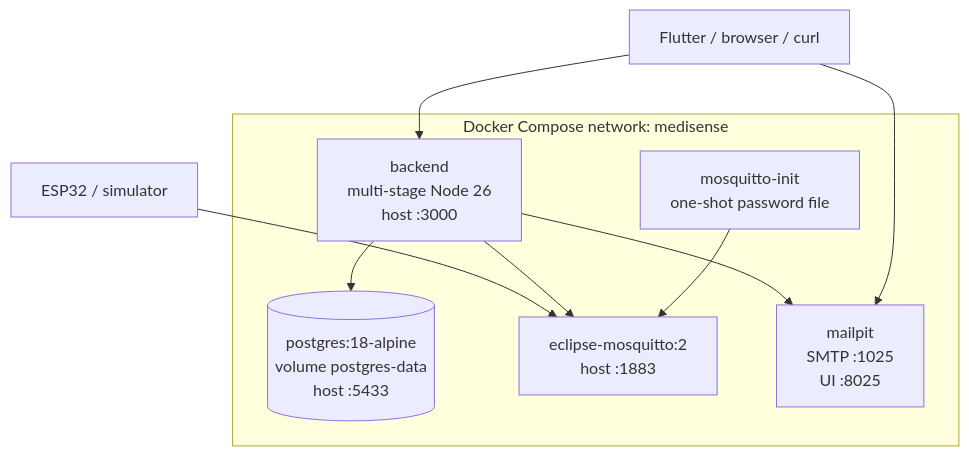
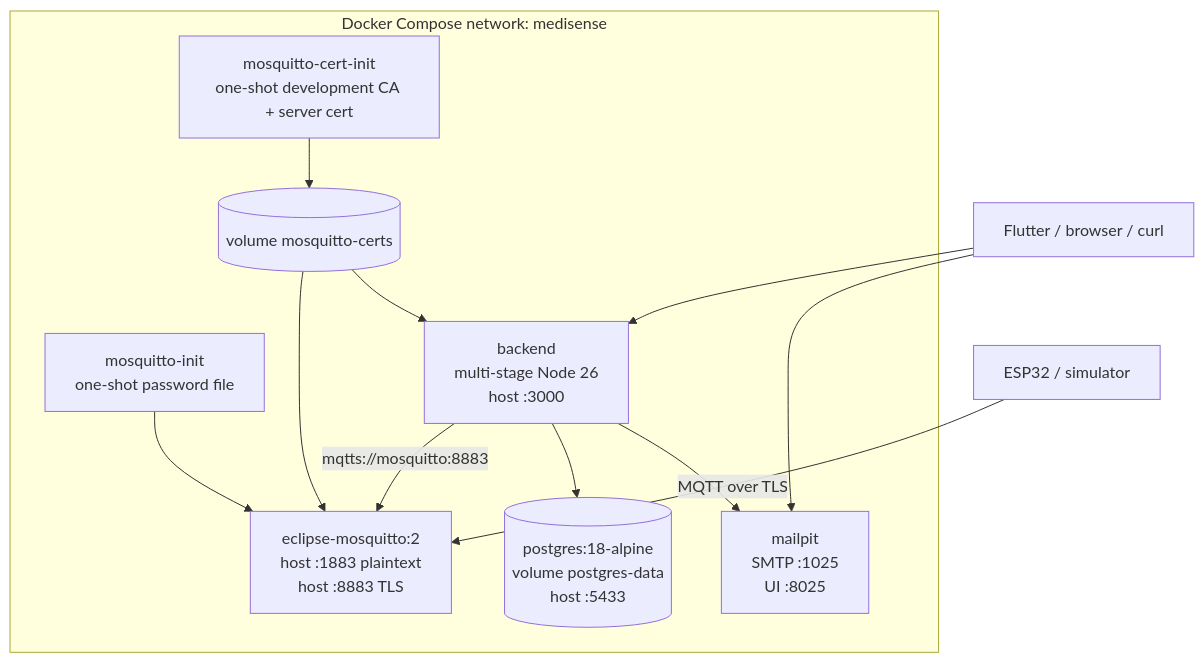
The eighth of 8 diagrams in infrastructure/doc/architecture.md (vikry28/medisense), drawn with Mermaid before and after one commit. The commit also changed other lines of this file and 22 other files, not shown here.

First line of the commit message:
feat: add device disconnect alerts, MQTT TLS and CI

````diff
--- a/infrastructure/doc/architecture.md
+++ b/infrastructure/doc/architecture.md
@@ -709,17 +739,22 @@
 ```mermaid
 flowchart TB
   subgraph Docker["Docker Compose network: medisense"]
     PG[("postgres:18-alpine<br/>volume postgres-data<br/>host :5433")]
     MINIT["mosquitto-init<br/>one-shot password file"]
-    MQ["eclipse-mosquitto:2<br/>host :1883"]
+    CINIT["mosquitto-cert-init<br/>one-shot development CA + server cert"]
+    CERTS[("volume mosquitto-certs")]
+    MQ["eclipse-mosquitto:2<br/>host :1883 plaintext<br/>host :8883 TLS"]
     MAIL["mailpit<br/>SMTP :1025<br/>UI :8025"]
     BE["backend<br/>multi-stage Node 26<br/>host :3000"]
   end
-  DEV["ESP32 / simulator"] --> MQ
-  BE --> MQ
+  DEV["ESP32 / simulator"] -->|"MQTT over TLS"| MQ
+  BE -->|"mqtts://mosquitto:8883"| MQ
   BE --> PG
   BE --> MAIL
   MINIT --> MQ
+  CINIT --> CERTS
+  CERTS --> MQ
+  CERTS --> BE
   USER["Flutter / browser / curl"] --> BE
   USER --> MAIL
 ```
````
